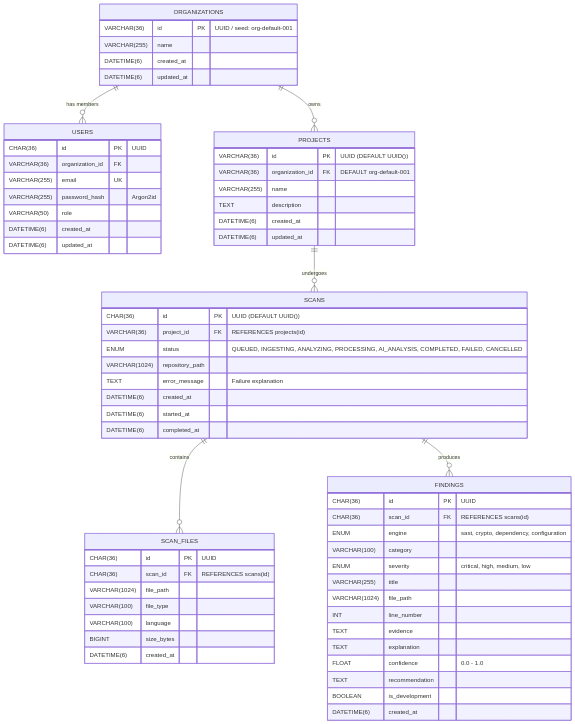
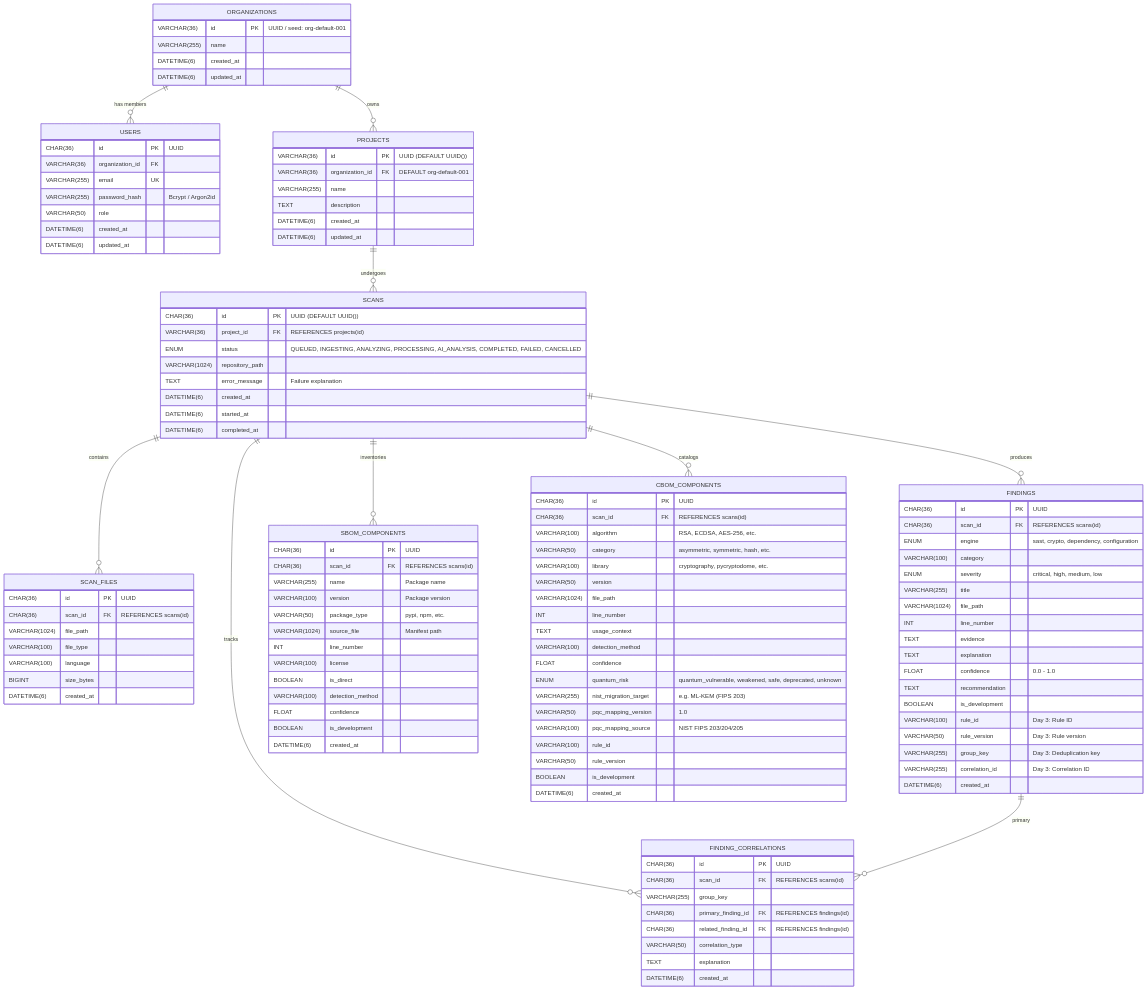
One commit to Viswanath322/PQC-Platform changed the diagram in database/README.md. Above: the diagram before and after it, drawn with Mermaid. The commit also changed other lines of this file and 11 other files, not shown here.

Commit message:
feat(day3): expand core schema with SBOM/CBOM storage, finding correlation, indexes, and repeatable migrations

````diff
--- a/database/README.md
+++ b/database/README.md
@@ -21,6 +21,10 @@
     PROJECTS ||--o{ SCANS : "undergoes"
     SCANS ||--o{ SCAN_FILES : "contains"
     SCANS ||--o{ FINDINGS : "produces"
+    SCANS ||--o{ SBOM_COMPONENTS : "inventories"
+    SCANS ||--o{ CBOM_COMPONENTS : "catalogs"
+    SCANS ||--o{ FINDING_CORRELATIONS : "tracks"
+    FINDINGS ||--o{ FINDING_CORRELATIONS : "primary"
 
     ORGANIZATIONS {
         VARCHAR(36) id PK "UUID / seed: org-default-001"
@@ -33,7 +37,7 @@
         CHAR(36) id PK "UUID"
         VARCHAR(36) organization_id FK
         VARCHAR(255) email UK
-        VARCHAR(255) password_hash "Argon2id"
+        VARCHAR(255) password_hash "Bcrypt / Argon2id"
         VARCHAR(50) role
         DATETIME(6) created_at
         DATETIME(6) updated_at
@@ -83,6 +87,59 @@
         FLOAT confidence "0.0 - 1.0"
         TEXT recommendation
         BOOLEAN is_development
+        VARCHAR(100) rule_id "Day 3: Rule ID"
+        VARCHAR(50) rule_version "Day 3: Rule version"
+        VARCHAR(255) group_key "Day 3: Deduplication key"
+        VARCHAR(255) correlation_id "Day 3: Correlation ID"
+        DATETIME(6) created_at
+    }
+
+    SBOM_COMPONENTS {
+        CHAR(36) id PK "UUID"
+        CHAR(36) scan_id FK "REFERENCES scans(id)"
+        VARCHAR(255) name "Package name"
+        VARCHAR(100) version "Package version"
+        VARCHAR(50) package_type "pypi, npm, etc."
+        VARCHAR(1024) source_file "Manifest path"
+        INT line_number
+        VARCHAR(100) license
+        BOOLEAN is_direct
+        VARCHAR(100) detection_method
+        FLOAT confidence
+        BOOLEAN is_development
+        DATETIME(6) created_at
+    }
+
+    CBOM_COMPONENTS {
+        CHAR(36) id PK "UUID"
+        CHAR(36) scan_id FK "REFERENCES scans(id)"
+        VARCHAR(100) algorithm "RSA, ECDSA, AES-256, etc."
+        VARCHAR(50) category "asymmetric, symmetric, hash, etc."
+        VARCHAR(100) library "cryptography, pycryptodome, etc."
+        VARCHAR(50) version
+        VARCHAR(1024) file_path
+        INT line_number
+        TEXT usage_context
+        VARCHAR(100) detection_method
+        FLOAT confidence
+        ENUM quantum_risk "quantum_vulnerable, weakened, safe, deprecated, unknown"
+        VARCHAR(255) nist_migration_target "e.g. ML-KEM (FIPS 203)"
+        VARCHAR(50) pqc_mapping_version "1.0"
+        VARCHAR(100) pqc_mapping_source "NIST FIPS 203/204/205"
+        VARCHAR(100) rule_id
+        VARCHAR(50) rule_version
+        BOOLEAN is_development
+        DATETIME(6) created_at
+    }
+
+    FINDING_CORRELATIONS {
+        CHAR(36) id PK "UUID"
+        CHAR(36) scan_id FK "REFERENCES scans(id)"
+        VARCHAR(255) group_key
+        CHAR(36) primary_finding_id FK "REFERENCES findings(id)"
+        CHAR(36) related_finding_id FK "REFERENCES findings(id)"
+        VARCHAR(50) correlation_type
+        TEXT explanation
         DATETIME(6) created_at
     }
 ```
````
